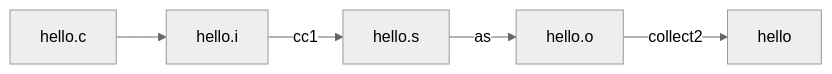
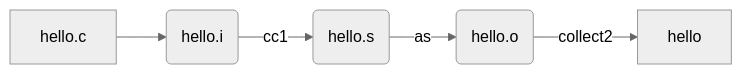
The third of 4 diagrams in docs/system/prog/a_compile.md (wolfyzhang-github/knowledge-base), drawn with Mermaid (neutral theme) before and after one commit. The commit also changed other lines of this file, not shown here.

````diff
--- a/docs/system/prog/a_compile.md
+++ b/docs/system/prog/a_compile.md
@@ -351,7 +337,7 @@
 ```mermaid
 graph LR
-  A[hello.c] --> B[hello.i];
-  B --> |cc1| C[hello.s];
-  C --> |as| D[hello.o];
+  A[hello.c] --> B(hello.i);
+  B --> |cc1| C(hello.s);
+  C --> |as| D(hello.o);
   D --> |collect2| E[hello];
 ```
````
